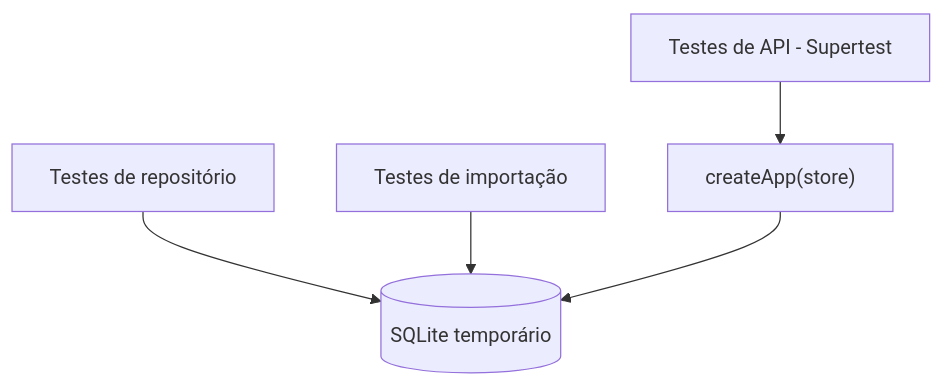
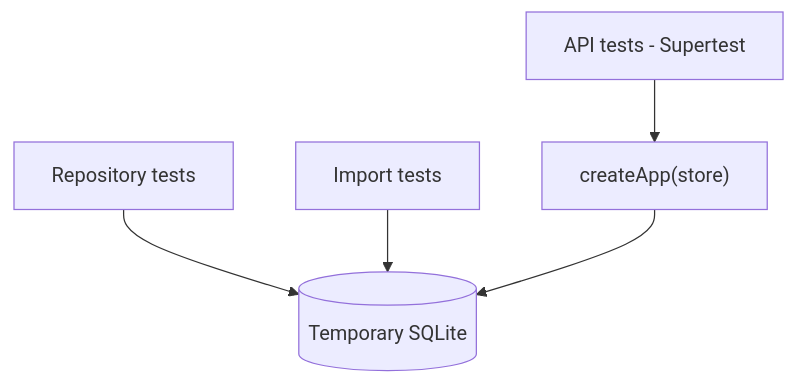
The diagram in docs/adr/0008-vitest-supertest.md (HDias/job-search), drawn with Mermaid before and after one commit. The commit also changed other lines of this file and 29 other files, not shown here.

````diff
--- a/docs/adr/0008-vitest-supertest.md
+++ b/docs/adr/0008-vitest-supertest.md
@@ -22,7 +23,7 @@
 ```mermaid
 flowchart TB
-  UNIT["Testes de repositório"] --> DB[("SQLite temporário")]
-  IMPORT["Testes de importação"] --> DB
-  HTTP["Testes de API - Supertest"] --> APP["createApp(store)"]
+  UNIT["Repository tests"] --> DB[("Temporary SQLite")]
+  IMPORT["Import tests"] --> DB
+  HTTP["API tests - Supertest"] --> APP["createApp(store)"]
   APP --> DB
 ```
````
